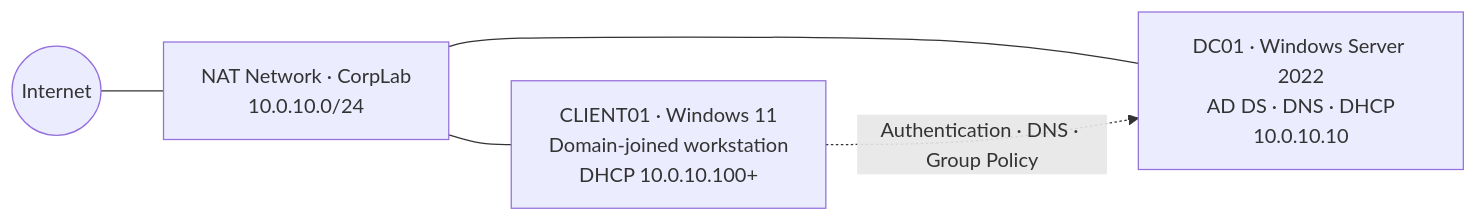
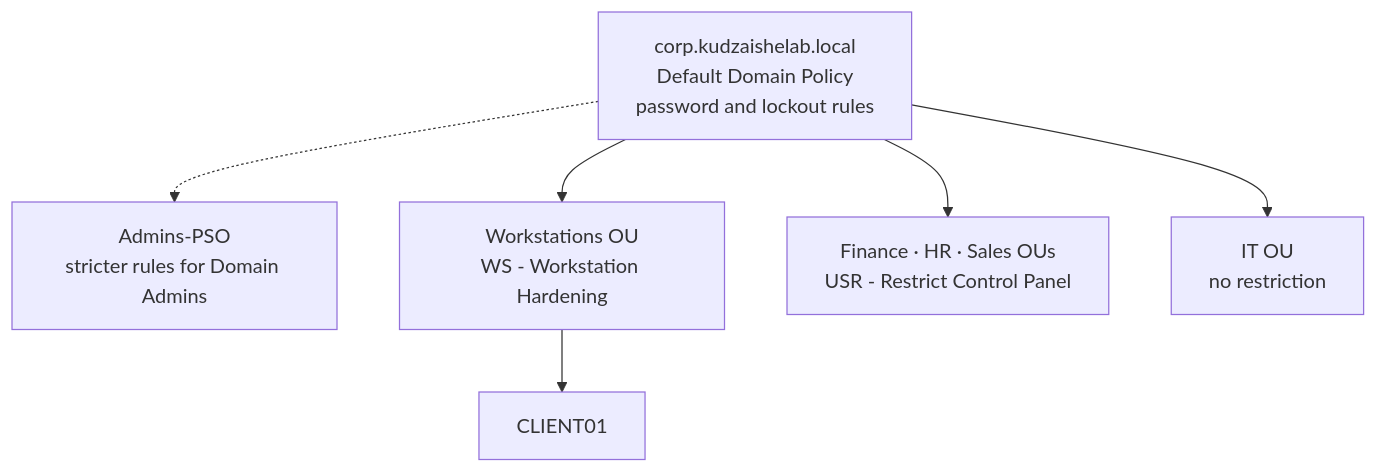
Before and after one commit to Kudzaishe-Cloud/AD-Enterprise-Home-Lab: the diagram in README.md, drawn with Mermaid. The commit also changed other lines of this file and 8 other files, not shown here.

````diff
--- a/README.md
+++ b/README.md
@@ -48,12 +45,14 @@
 ```mermaid
-flowchart LR
-    Internet((Internet))
-    NAT["NAT Network · CorpLab<br/>10.0.10.0/24"]
-    DC01["DC01 · Windows Server 2022<br/>AD DS · DNS · DHCP<br/>10.0.10.10"]
-    CLIENT["CLIENT01 · Windows 11<br/>Domain-joined workstation<br/>DHCP 10.0.10.100+"]
-
-    Internet --- NAT
-    NAT --- DC01
-    NAT --- CLIENT
-    CLIENT -. "Authentication · DNS · Group Policy" .-> DC01
+flowchart TD
+    D["corp.kudzaishelab.local<br/>Default Domain Policy<br/>password and lockout rules"]
+    PSO["Admins-PSO<br/>stricter rules for Domain Admins"]
+    WS["Workstations OU<br/>WS - Workstation Hardening"]
+    U["Finance · HR · Sales OUs<br/>USR - Restrict Control Panel"]
+    IT["IT OU<br/>no restriction"]
+    C["CLIENT01"]
+    D --> WS
+    D --> U
+    D --> IT
+    D -.-> PSO
+    WS --> C
 ```
````
